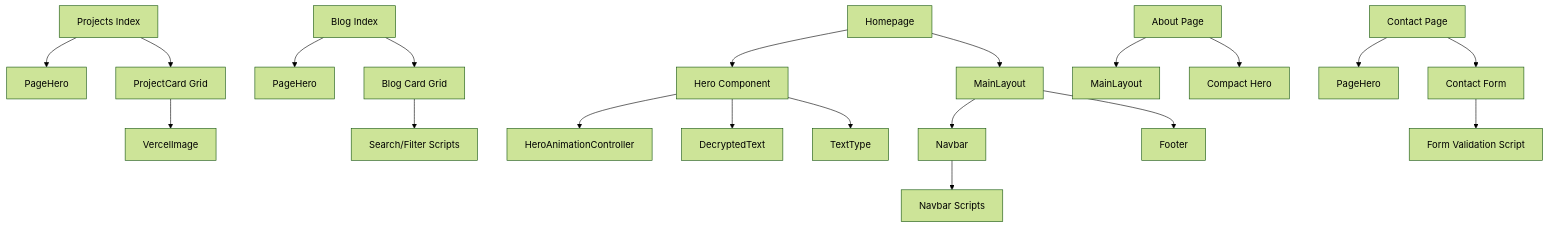
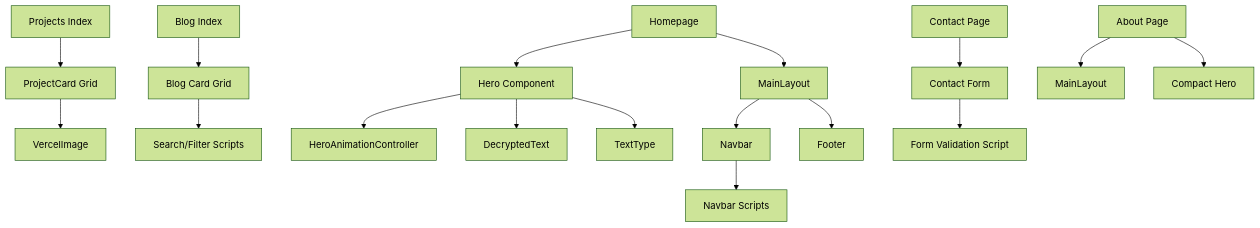
One commit to bpolitiadis/vpoliteiadis changed the third of 4 diagrams in docs/ARCHITECTURE.md. Above: the diagram before and after it, drawn with Mermaid (forest theme). The commit also changed 2 other files, not shown here.

Commit message:
docs: update documentation for component cleanup and font optimization
- Update CHANGELOG.md with font loading optimization and PageHero removal
- Remove PageHero references from COMPONENTS.md component inventory
- Update ARCHITECTURE.md mermaid diagram to remove PageHero dependencies
- Document text reveal animation system implementation

````diff
--- a/docs/ARCHITECTURE.md
+++ b/docs/ARCHITECTURE.md
@@ -409,27 +409,25 @@
 ```mermaid
 graph TD
   A[Homepage] --> B[Hero Component]
   A --> C[MainLayout]
   B --> D[HeroAnimationController]
   B --> E[DecryptedText]
   B --> F[TextType]
   
-  G[Projects Index] --> H[PageHero]
-  G --> I[ProjectCard Grid]
+  G[Projects Index] --> I[ProjectCard Grid]
   I --> J[VercelImage]
-  
-  K[Blog Index] --> L[PageHero]
-  K --> M[Blog Card Grid]
+
+  K[Blog Index] --> M[Blog Card Grid]
   M --> N[Search/Filter Scripts]
-  
+
   O[About Page] --> P[MainLayout]
   O --> Q[Compact Hero]
-  
-  R[Contact Page] --> S[PageHero]
+
+  R[Contact Page]
   R --> T[Contact Form]
   T --> U[Form Validation Script]
   
   C --> V[Navbar]
   C --> W[Footer]
   V --> X[Navbar Scripts]
 ```
````
